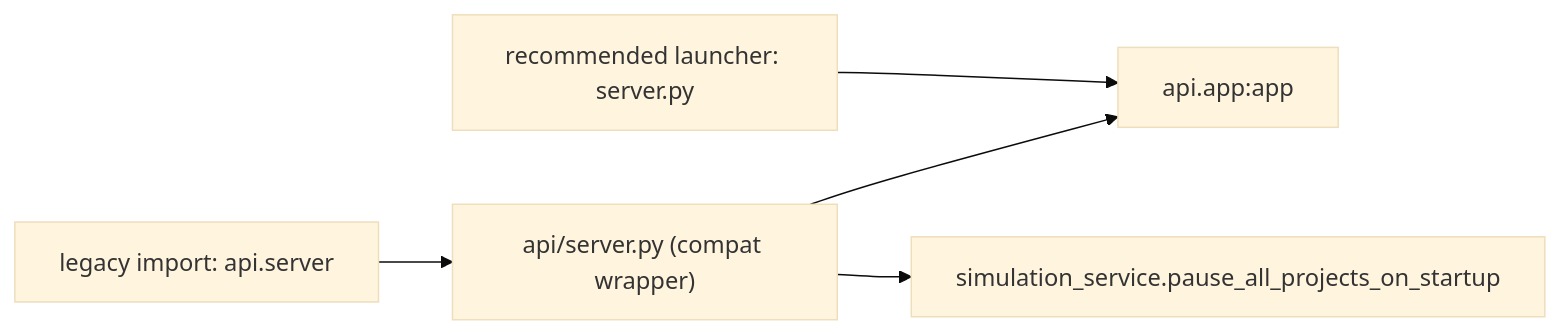
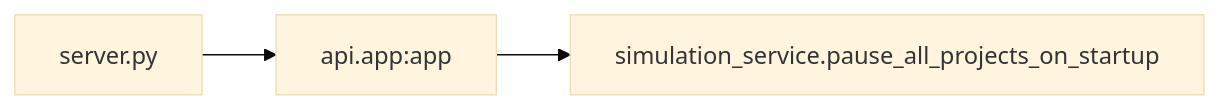
Before and after one commit to Lands54/Pantheon: diagram 15 of 26 in docs/ARCHITECTURE_MERMAID.md, drawn with Mermaid (base theme). The commit also changed other lines of this file and 89 other files, not shown here.

Commit message:
refactor: remove compatibility tracks and align docs to single-track architecture

````diff
--- a/docs/ARCHITECTURE_MERMAID.md
+++ b/docs/ARCHITECTURE_MERMAID.md
@@ -232,7 +233,5 @@
 ```mermaid
 flowchart LR
-    Old["legacy import: api.server"] --> Compat["api/server.py (compat wrapper)"]
-    Compat --> App["api.app:app"]
-    Compat --> Sim["simulation_service.pause_all_projects_on_startup"]
-    New["recommended launcher: server.py"] --> App
+    Root["server.py"] --> App["api.app:app"]
+    App --> Sim["simulation_service.pause_all_projects_on_startup"]
 ```
````
